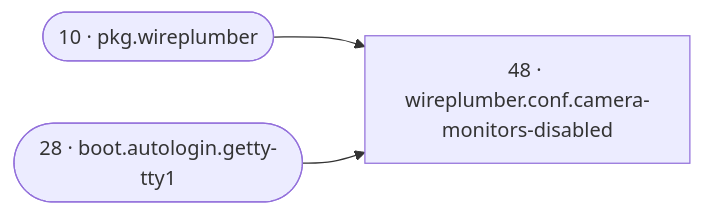
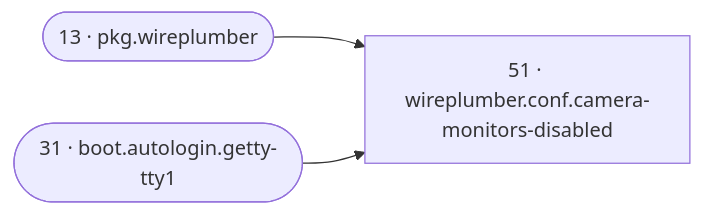
One commit to SixFive7/FrameLink changed diagram 15 of 21 in reference/reconcile-dag.md. Above: the diagram before and after it, drawn with Mermaid. The commit also changed other lines of this file and 12 other files, not shown here.

````diff
--- a/reference/reconcile-dag.md
+++ b/reference/reconcile-dag.md
@@ -434,8 +443,8 @@
 ```mermaid
 flowchart LR
-  r48["48 · wireplumber.conf.camera-monitors-disabled"]
-  r10(["10 · pkg.wireplumber"])
-  r28(["28 · boot.autologin.getty-tty1"])
-  r10 --> r48
-  r28 --> r48
+  r51["51 · wireplumber.conf.camera-monitors-disabled"]
+  r13(["13 · pkg.wireplumber"])
+  r31(["31 · boot.autologin.getty-tty1"])
+  r13 --> r51
+  r31 --> r51
 ```
````
